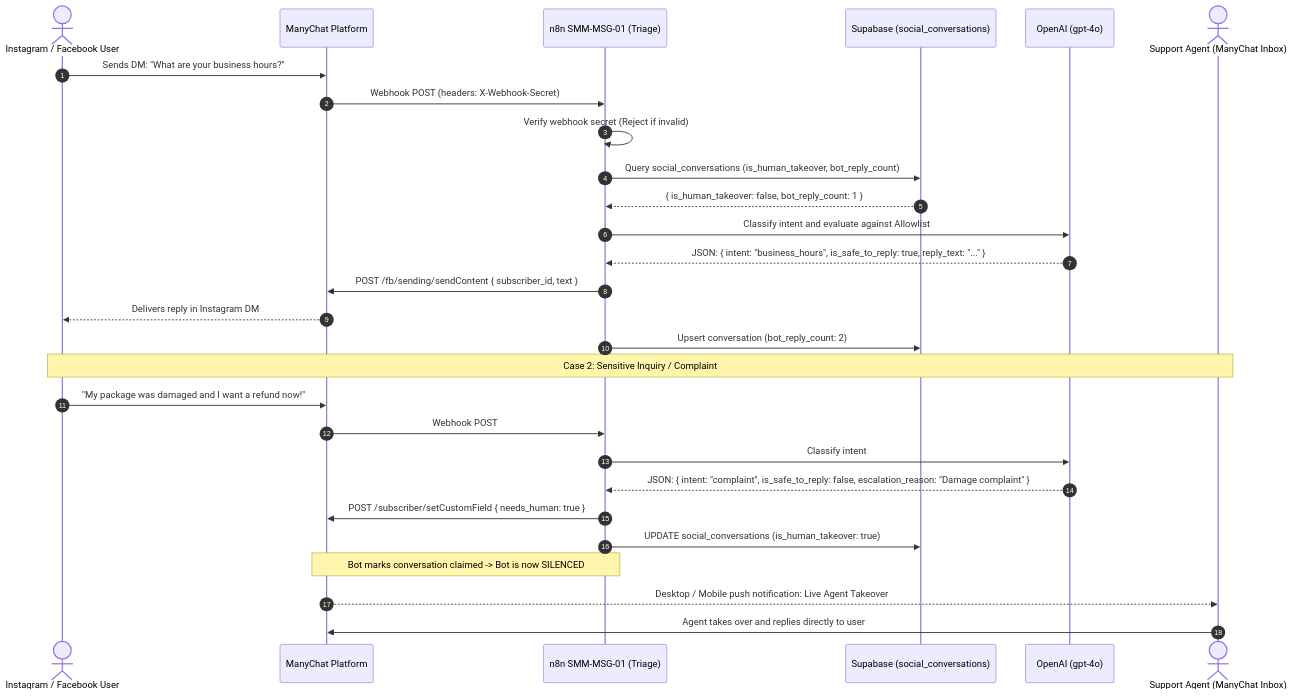
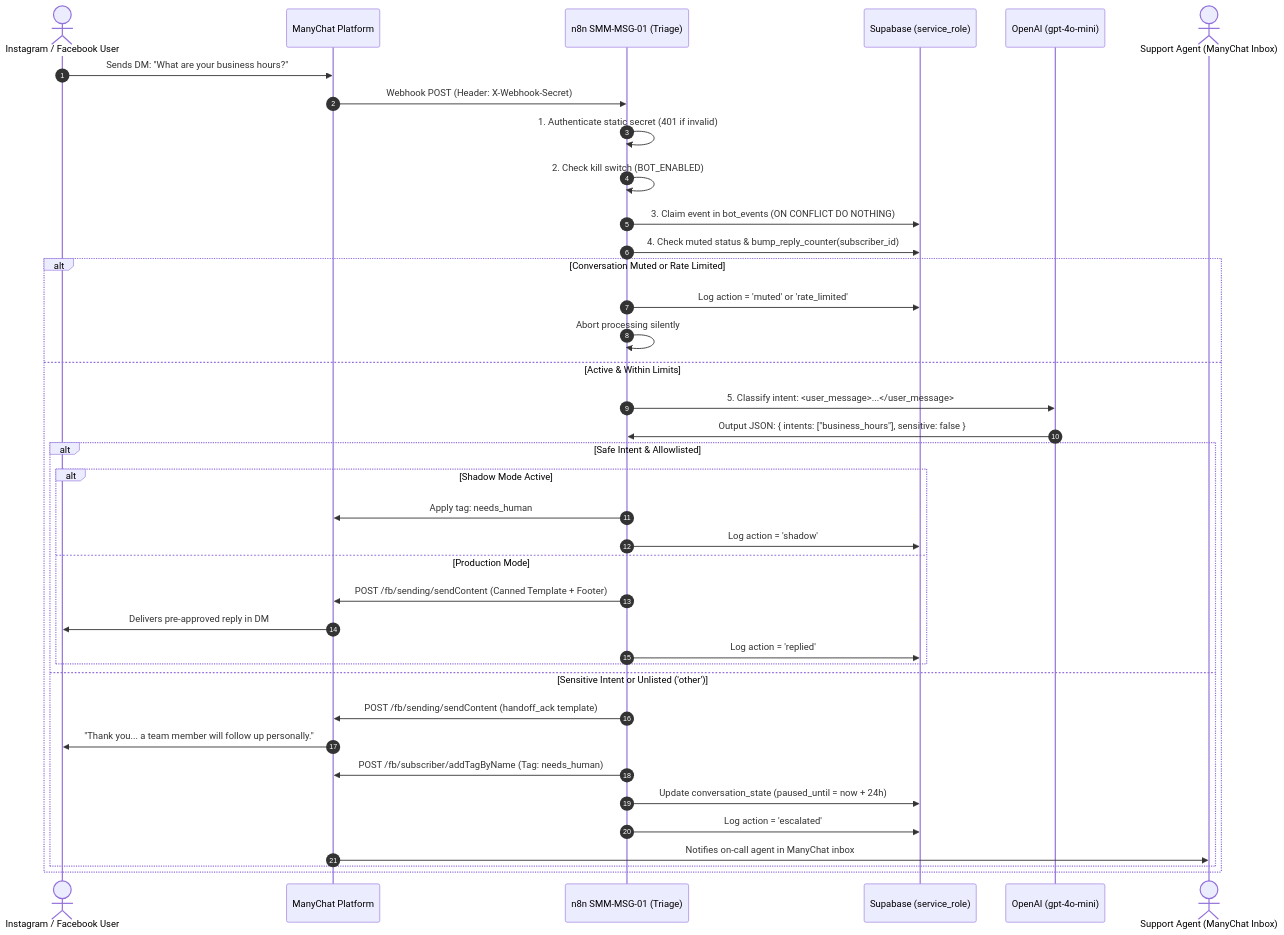
The third of 4 diagrams in architecture.md (robinsehnalik/smm-automation), drawn with Mermaid before and after one commit. The commit also changed other lines of this file and 10 other files, not shown here.

Commit message:
refactor(smm): single content calendar, canned intent templates, atomic rate limits, and status reconciler

````diff
--- a/architecture.md
+++ b/architecture.md
@@ -137,32 +144,41 @@
 ```mermaid
 sequenceDiagram
     autonumber
     actor User as Instagram / Facebook User
     participant ManyChat as ManyChat Platform
     participant N8N_M1 as n8n SMM-MSG-01 (Triage)
-    participant DB as Supabase (social_conversations)
-    participant LLM as OpenAI (gpt-4o)
+    participant DB as Supabase (service_role)
+    participant LLM as OpenAI (gpt-4o-mini)
     actor Agent as Support Agent (ManyChat Inbox)
 
     User->>ManyChat: Sends DM: "What are your business hours?"
-    ManyChat->>N8N_M1: Webhook POST (headers: X-Webhook-Secret)
-    N8N_M1->>N8N_M1: Verify webhook secret (Reject if invalid)
-    N8N_M1->>DB: Query social_conversations (is_human_takeover, bot_reply_count)
-    DB-->>N8N_M1: { is_human_takeover: false, bot_reply_count: 1 }
-    N8N_M1->>LLM: Classify intent and evaluate against Allowlist
-    LLM-->>N8N_M1: JSON: { intent: "business_hours", is_safe_to_reply: true, reply_text: "..." }
-    N8N_M1->>ManyChat: POST /fb/sending/sendContent { subscriber_id, text }
-    ManyChat-->>User: Delivers reply in Instagram DM
-    N8N_M1->>DB: Upsert conversation (bot_reply_count: 2)
-
-    Note over User,Agent: Case 2: Sensitive Inquiry / Complaint
-    User->>ManyChat: "My package was damaged and I want a refund now!"
-    ManyChat->>N8N_M1: Webhook POST
-    N8N_M1->>LLM: Classify intent
-    LLM-->>N8N_M1: JSON: { intent: "complaint", is_safe_to_reply: false, escalation_reason: "Damage complaint" }
-    N8N_M1->>ManyChat: POST /subscriber/setCustomField { needs_human: true }
-    N8N_M1->>DB: UPDATE social_conversations (is_human_takeover: true)
-    Note over N8N_M1,ManyChat: Bot marks conversation claimed -> Bot is now SILENCED
-    ManyChat-->>Agent: Desktop / Mobile push notification: Live Agent Takeover
-    Agent->>ManyChat: Agent takes over and replies directly to user
+    ManyChat->>N8N_M1: Webhook POST (Header: X-Webhook-Secret)
+    N8N_M1->>N8N_M1: 1. Authenticate static secret (401 if invalid)
+    N8N_M1->>N8N_M1: 2. Check kill switch (BOT_ENABLED)
+    N8N_M1->>DB: 3. Claim event in bot_events (ON CONFLICT DO NOTHING)
+    N8N_M1->>DB: 4. Check muted status & bump_reply_counter(subscriber_id)
+    alt Conversation Muted or Rate Limited
+        N8N_M1->>DB: Log action = 'muted' or 'rate_limited'
+        N8N_M1->>N8N_M1: Abort processing silently
+    else Active & Within Limits
+        N8N_M1->>LLM: 5. Classify intent: <user_message>...</user_message>
+        LLM->>N8N_M1: Output JSON: { intents: ["business_hours"], sensitive: false }
+        alt Safe Intent & Allowlisted
+            alt Shadow Mode Active
+                N8N_M1->>ManyChat: Apply tag: needs_human
+                N8N_M1->>DB: Log action = 'shadow'
+            else Production Mode
+                N8N_M1->>ManyChat: POST /fb/sending/sendContent (Canned Template + Footer)
+                ManyChat->>User: Delivers pre-approved reply in DM
+                N8N_M1->>DB: Log action = 'replied'
+            end
+        else Sensitive Intent or Unlisted ('other')
+            N8N_M1->>ManyChat: POST /fb/sending/sendContent (handoff_ack template)
+            ManyChat->>User: "Thank you... a team member will follow up personally."
+            N8N_M1->>ManyChat: POST /fb/subscriber/addTagByName (Tag: needs_human)
+            N8N_M1->>DB: Update conversation_state (paused_until = now + 24h)
+            N8N_M1->>DB: Log action = 'escalated'
+            ManyChat->>Agent: Notifies on-call agent in ManyChat inbox
+        end
+    end
 ```
````
